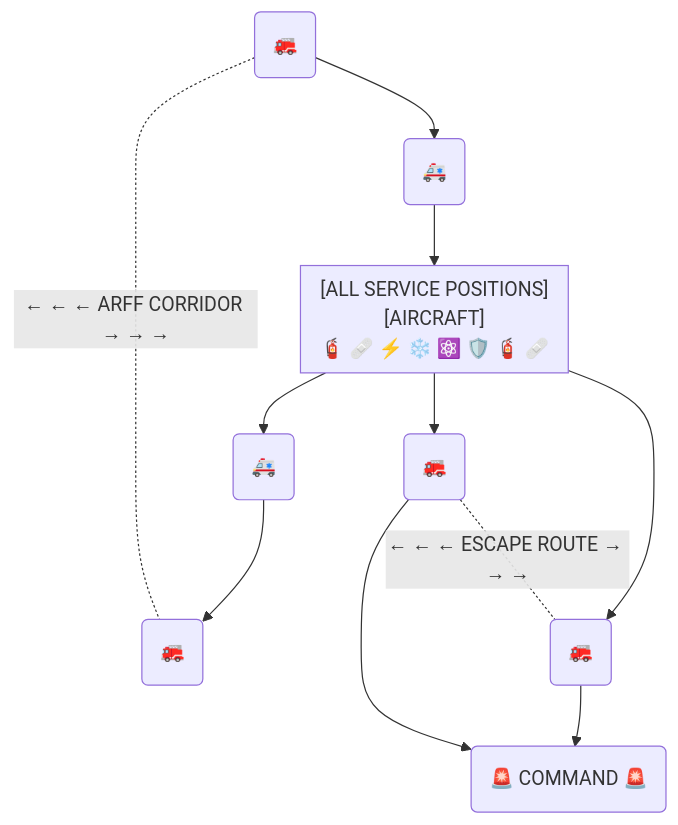
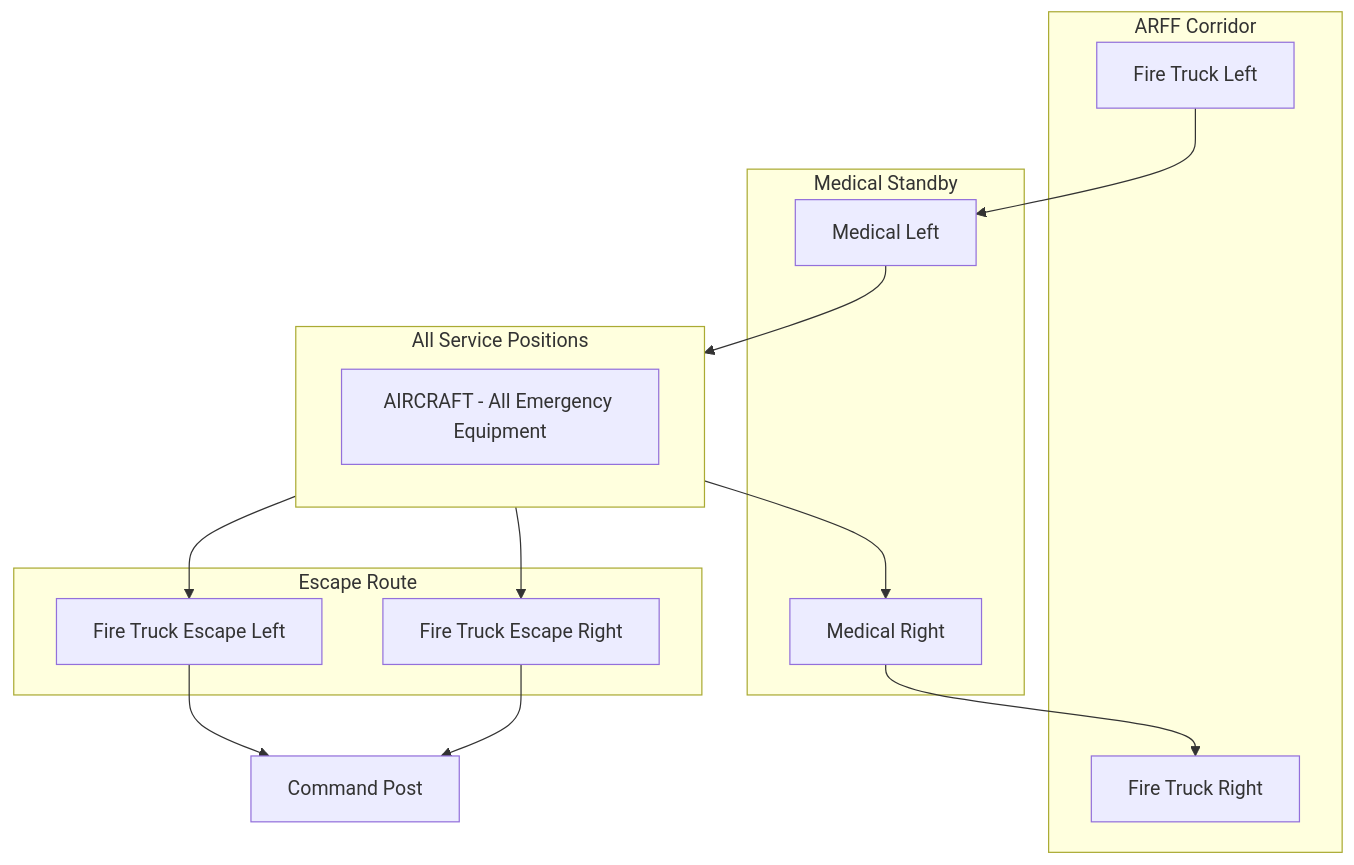
Before and after one commit to Robbbo-T/GAIA-QAO-ADVENT: diagram 23 of 27 in Q-AIR/fleet/AMPEL360/BWBQ100/docs/ATA-chapters/ATA-00-General/ 00-40-00-00-Servicing/00-40-10-00-ServicePoints/00-40-10-03-TransitService.md, drawn with Mermaid. The commit also changed other lines of this file, not shown here.

````diff
--- a/Q-AIR/fleet/AMPEL360/BWBQ100/docs/ATA-chapters/ATA-00-General/ 00-40-00-00-Servicing/00-40-10-00-ServicePoints/00-40-10-03-TransitService.md
+++ b/Q-AIR/fleet/AMPEL360/BWBQ100/docs/ATA-chapters/ATA-00-General/ 00-40-00-00-Servicing/00-40-10-00-ServicePoints/00-40-10-03-TransitService.md
@@ -2073,31 +2035,29 @@
 ```mermaid
 flowchart TB
-    %% FULL EMERGENCY SETUP - CAT D
-
-    %% Top ARFF corridor
-    ARFF_L("🚒")
-    ARFF_R("🚒")
-    ARFF_L -. "← ← ← ARFF CORRIDOR → → →" .- ARFF_R
-
-    %% Medical standby
-    MED_L("🚑")
-    MED_R("🚑")
-
-    %% Service zone with all positions
-    subgraph SERVICE["[ALL SERVICE POSITIONS]\n  [AIRCRAFT]\n🧯 🩹 ⚡ ❄️ ⚛️ 🛡️ 🧯 🩹"]
+    subgraph ARFF_CORRIDOR["ARFF Corridor"]
+        ARFF_L[Fire Truck Left]
+        ARFF_R[Fire Truck Right]
     end
 
-    %% Bottom ARFF escape
-    ESC_L("🚒")
-    ESC_R("🚒")
-    ESC_L -. "← ← ← ESCAPE ROUTE → → →" .- ESC_R
+    subgraph MEDICAL["Medical Standby"]
+        MED_L[Medical Left]
+        MED_R[Medical Right]
+    end
 
-    COMMAND("🚨 COMMAND 🚨")
+    subgraph SERVICE["All Service Positions"]
+        AIRCRAFT[AIRCRAFT - All Emergency Equipment]
+    end
 
-    %% Main flow
+    subgraph ESCAPE["Escape Route"]
+        ESC_L[Fire Truck Escape Left]
+        ESC_R[Fire Truck Escape Right]
+    end
+
+    COMMAND[Command Post]
+
     ARFF_L --> MED_L --> SERVICE --> MED_R --> ARFF_R
     SERVICE --> ESC_L
     SERVICE --> ESC_R
     ESC_L --> COMMAND
     ESC_R --> COMMAND
 ```
````
